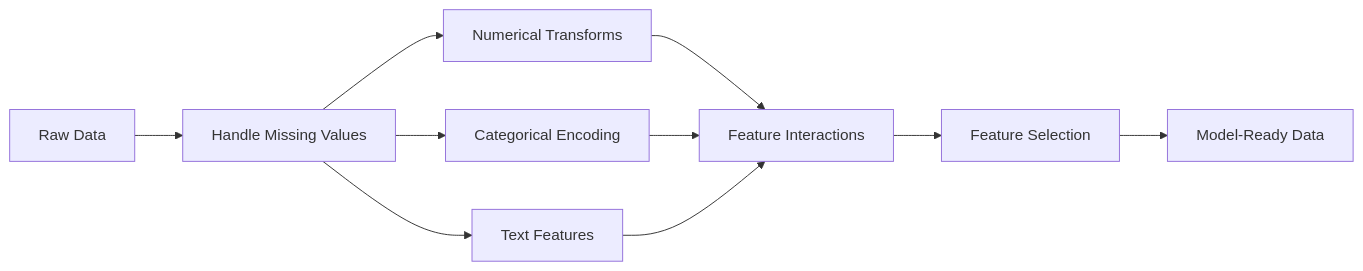
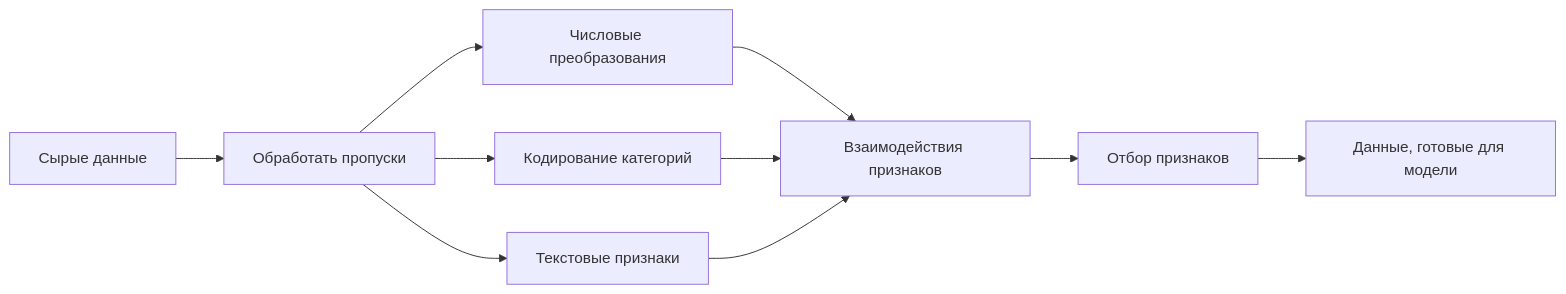
Before and after one commit to stabuev/ai-engineering-from-scratch: the diagram in phases/02-ml-fundamentals/08-feature-engineering/docs/ru.md, drawn with Mermaid. The commit also changed other lines of this file and 22 other files, not shown here.

````diff
--- a/phases/02-ml-fundamentals/08-feature-engineering/docs/ru.md
+++ b/phases/02-ml-fundamentals/08-feature-engineering/docs/ru.md
@@ -31,12 +31,12 @@
 ```mermaid
 flowchart LR
-    A[Raw Data] --> B[Handle Missing Values]
-    B --> C[Numerical Transforms]
-    B --> D[Categorical Encoding]
-    B --> E[Text Features]
-    C --> F[Feature Interactions]
+    A[Сырые данные] --> B[Обработать пропуски]
+    B --> C[Числовые преобразования]
+    B --> D[Кодирование категорий]
+    B --> E[Текстовые признаки]
+    C --> F[Взаимодействия признаков]
     D --> F
     E --> F
-    F --> G[Feature Selection]
-    G --> H[Model-Ready Data]
+    F --> G[Отбор признаков]
+    G --> H[Данные, готовые для модели]
 ```
````
